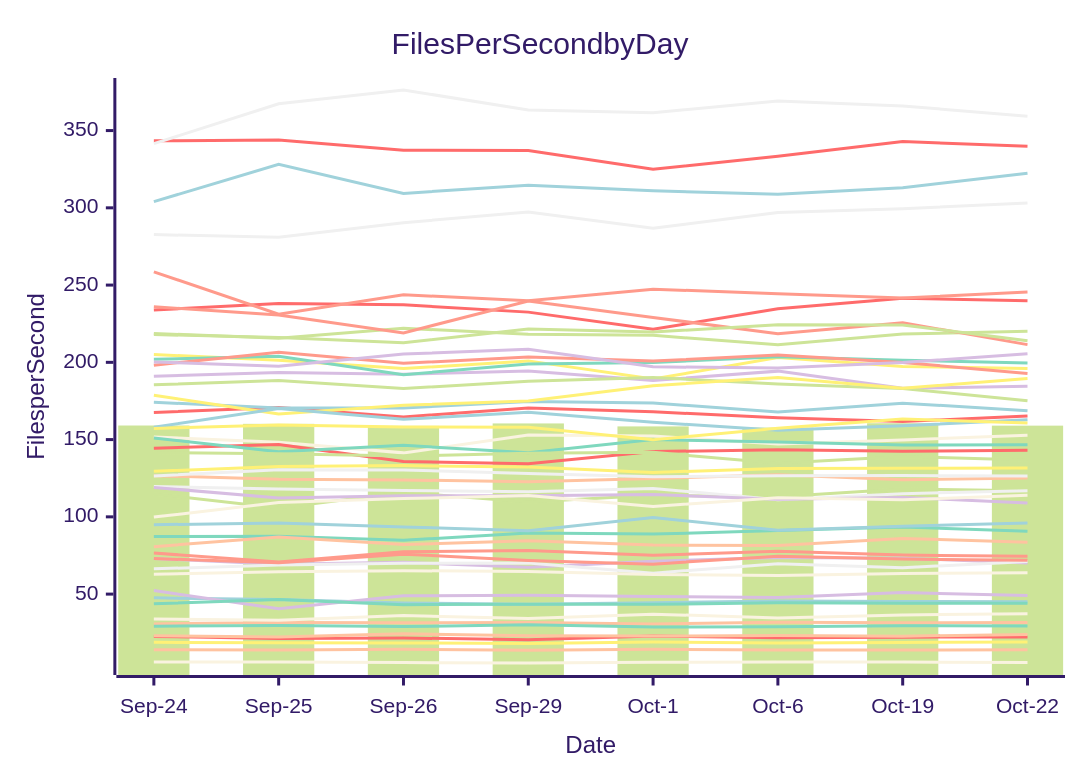
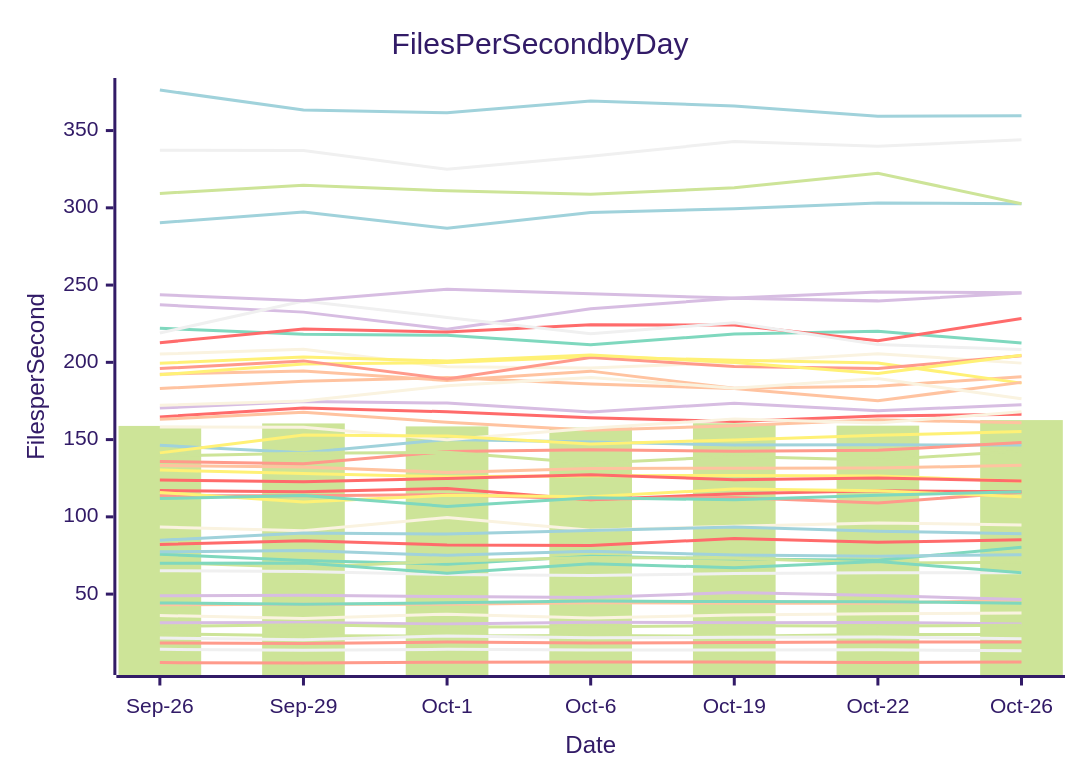
Before and after one commit to streetsidesoftware/cspell: the diagram in perf-report.md, drawn with Mermaid (forest theme). The commit also changed other lines of this file and 1 other file, not shown here.

````diff
--- a/perf-report.md
+++ b/perf-report.md
@@ -10,57 +10,57 @@
 ```mermaid
 xychart-beta
     title Files Per Second by Day
     y-axis Files per Second
-    x-axis Date [Sep-24, Sep-25, Sep-26, Sep-29, Oct-1, Oct-6, Oct-19, Oct-22]
-    bar [159.12, 160.20, 158.85, 160.46, 158.54, 157.78, 160.58, 159.03]
-    line [167.61, 170.71, 164.68, 170.44, 168.02, 164.09, 161.71, 165.23]
-    line [47.56, 46.43, 44.28, 43.43, 44.41, 45.48, 45.18, 45.07]
-    line [52.29, 40.48, 48.89, 49.28, 48.37, 47.88, 50.97, 49.03]
-    line [282.67, 280.96, 290.36, 297.31, 286.74, 296.93, 299.41, 303.13]
-    line [14.04, 13.83, 14.23, 13.74, 14.24, 13.86, 13.81, 14.01]
-    line [43.68, 46.57, 43.13, 43.45, 43.36, 44.34, 44.15, 44.08]
-    line [76.56, 70.74, 77.36, 78.18, 75.07, 77.78, 75.28, 74.51]
-    line [6.07, 5.98, 5.68, 5.41, 5.92, 6.00, 6.02, 5.75]
-    line [205.02, 201.39, 195.94, 200.94, 189.24, 203.08, 197.32, 196.05]
-    line [114.76, 105.80, 115.76, 109.67, 113.99, 112.94, 118.00, 116.85]
-    line [22.62, 21.27, 21.60, 20.47, 22.93, 21.69, 22.11, 22.28]
-    line [174.18, 170.43, 170.45, 174.63, 173.65, 167.92, 173.59, 168.67]
-    line [73.00, 69.32, 70.55, 67.39, 71.27, 73.77, 73.27, 70.11]
-    line [66.34, 68.88, 70.01, 70.14, 63.55, 69.72, 67.05, 71.08]
-    line [30.72, 31.67, 31.52, 31.59, 30.62, 31.79, 31.44, 31.67]
-    line [87.21, 87.42, 84.85, 89.53, 88.83, 91.13, 93.37, 90.70]
-    line [73.03, 70.23, 75.87, 71.80, 69.38, 74.54, 72.64, 71.96]
-    line [62.91, 64.44, 65.18, 64.56, 62.65, 62.01, 63.29, 63.79]
-    line [18.78, 18.52, 18.42, 18.07, 18.99, 18.38, 18.69, 19.00]
-    line [218.68, 215.66, 222.06, 218.14, 217.51, 211.32, 218.31, 220.10]
-    line [343.35, 343.97, 337.30, 337.13, 324.92, 333.43, 342.86, 339.81]
-    line [304.00, 328.11, 309.34, 314.63, 311.05, 308.73, 313.03, 322.37]
-    line [190.99, 193.37, 192.37, 194.39, 188.26, 194.31, 183.18, 184.56]
-    line [119.64, 118.05, 116.99, 116.24, 118.39, 111.00, 115.01, 116.88]
-    line [126.63, 124.32, 123.86, 122.76, 124.85, 127.28, 123.99, 125.15]
-    line [202.02, 203.87, 192.01, 198.88, 199.85, 203.55, 201.34, 199.55]
-    line [198.18, 206.47, 199.39, 203.39, 200.83, 204.79, 199.89, 192.85]
-    line [33.90, 33.12, 36.15, 34.22, 37.04, 34.53, 36.49, 37.33]
-    line [129.51, 132.51, 133.16, 132.31, 128.76, 131.24, 131.49, 131.59]
-    line [185.48, 188.32, 183.01, 187.77, 190.16, 185.98, 183.04, 175.20]
-    line [233.86, 238.09, 237.21, 232.50, 221.42, 234.66, 241.48, 239.78]
-    line [94.92, 96.04, 93.49, 90.93, 99.59, 91.34, 93.97, 96.00]
-    line [200.29, 197.49, 205.32, 208.45, 197.08, 196.39, 199.93, 205.59]
-    line [126.43, 130.53, 130.33, 127.99, 125.90, 126.66, 126.74, 126.46]
-    line [23.00, 22.21, 24.38, 23.05, 22.85, 23.16, 22.78, 23.92]
-    line [29.23, 29.70, 28.98, 30.17, 28.67, 28.81, 29.58, 29.31]
-    line [235.99, 230.67, 219.04, 239.66, 229.06, 218.48, 225.66, 211.47]
-    line [151.64, 148.32, 141.41, 152.96, 152.29, 147.14, 149.81, 152.74]
-    line [178.77, 166.50, 172.24, 175.00, 184.88, 190.21, 183.26, 189.47]
-    line [217.97, 216.10, 212.71, 221.60, 219.58, 224.28, 224.21, 213.97]
-    line [144.39, 146.81, 135.80, 134.31, 142.24, 143.38, 142.44, 143.06]
-    line [158.06, 170.07, 163.11, 167.69, 161.21, 156.12, 158.95, 162.77]
-    line [119.04, 112.27, 113.64, 113.59, 114.39, 111.42, 112.56, 109.04]
-    line [341.57, 367.34, 376.26, 363.37, 361.56, 369.11, 365.93, 359.34]
-    line [80.71, 87.03, 82.08, 84.54, 81.78, 81.41, 86.03, 83.62]
-    line [151.00, 142.17, 146.26, 141.54, 150.02, 148.37, 146.50, 146.67]
-    line [258.60, 231.14, 243.74, 239.90, 247.38, 244.34, 241.58, 245.56]
-    line [99.84, 109.30, 111.81, 113.74, 106.75, 112.35, 111.02, 113.95]
-    line [157.19, 159.48, 158.08, 158.04, 149.87, 157.33, 163.29, 160.80]
-    line [141.65, 140.89, 139.38, 141.22, 141.74, 134.66, 139.08, 136.76]
+    x-axis Date [Sep-26, Sep-29, Oct-1, Oct-6, Oct-19, Oct-22, Oct-26]
+    bar [158.85, 160.46, 158.54, 157.78, 160.58, 159.03, 162.63]
+    line [164.68, 170.44, 168.02, 164.09, 161.71, 165.23, 166.36]
+    line [290.36, 297.31, 286.74, 296.93, 299.41, 303.13, 302.64]
+    line [31.52, 31.59, 30.62, 31.79, 31.44, 31.67, 30.66]
+    line [65.18, 64.56, 62.65, 62.01, 63.29, 63.79, 63.80]
+    line [43.13, 43.45, 43.36, 44.34, 44.15, 44.08, 46.15]
+    line [75.87, 71.80, 69.38, 74.54, 72.64, 71.96, 80.34]
+    line [5.68, 5.41, 5.92, 6.00, 6.02, 5.75, 6.07]
+    line [93.49, 90.93, 99.59, 91.34, 93.97, 96.00, 94.80]
+    line [130.33, 127.99, 125.90, 126.66, 126.74, 126.46, 123.01]
+    line [24.38, 23.05, 22.85, 23.16, 22.78, 23.92, 23.93]
+    line [116.99, 116.24, 118.39, 111.00, 115.01, 116.88, 116.25]
+    line [84.85, 89.53, 88.83, 91.13, 93.37, 90.70, 89.01]
+    line [48.89, 49.28, 48.37, 47.88, 50.97, 49.03, 46.43]
+    line [337.30, 337.13, 324.92, 333.43, 342.86, 339.81, 343.99]
+    line [133.16, 132.31, 128.76, 131.24, 131.49, 131.59, 133.33]
+    line [44.28, 43.43, 44.41, 45.48, 45.18, 45.07, 44.15]
+    line [113.64, 113.59, 114.39, 111.42, 112.56, 109.04, 115.89]
+    line [205.32, 208.45, 197.08, 196.39, 199.93, 205.59, 199.49]
+    line [115.76, 109.67, 113.99, 112.94, 118.00, 116.85, 112.97]
+    line [70.55, 67.39, 71.27, 73.77, 73.27, 70.11, 70.63]
+    line [123.86, 122.76, 124.85, 127.28, 123.99, 125.15, 123.27]
+    line [77.36, 78.18, 75.07, 77.78, 75.28, 74.51, 75.51]
+    line [237.21, 232.50, 221.42, 234.66, 241.48, 239.78, 244.89]
+    line [21.60, 20.47, 22.93, 21.69, 22.11, 22.28, 21.14]
+    line [192.37, 194.39, 188.26, 194.31, 183.18, 184.56, 190.62]
+    line [222.06, 218.14, 217.51, 211.32, 218.31, 220.10, 212.47]
+    line [18.42, 18.07, 18.99, 18.38, 18.69, 19.00, 18.96]
+    line [36.15, 34.22, 37.04, 34.53, 36.49, 37.33, 37.75]
+    line [192.01, 198.88, 199.85, 203.55, 201.34, 199.55, 186.55]
+    line [28.98, 30.17, 28.67, 28.81, 29.58, 29.31, 29.80]
+    line [212.71, 221.60, 219.58, 224.28, 224.21, 213.97, 228.42]
+    line [376.26, 363.37, 361.56, 369.11, 365.93, 359.34, 359.52]
+    line [170.45, 174.63, 173.65, 167.92, 173.59, 168.67, 172.58]
+    line [219.04, 239.66, 229.06, 218.48, 225.66, 211.47, 208.25]
+    line [183.01, 187.77, 190.16, 185.98, 183.04, 175.20, 187.04]
+    line [70.01, 70.14, 63.55, 69.72, 67.05, 71.08, 63.82]
+    line [195.94, 200.94, 189.24, 203.08, 197.32, 196.05, 204.21]
+    line [172.24, 175.00, 184.88, 190.21, 183.26, 189.47, 176.48]
+    line [199.39, 203.39, 200.83, 204.79, 199.89, 192.85, 204.64]
+    line [309.34, 314.63, 311.05, 308.73, 313.03, 322.37, 302.67]
+    line [82.08, 84.54, 81.78, 81.41, 86.03, 83.62, 85.12]
+    line [146.26, 141.54, 150.02, 148.37, 146.50, 146.67, 146.43]
+    line [243.74, 239.90, 247.38, 244.34, 241.58, 245.56, 245.11]
+    line [14.23, 13.74, 14.24, 13.86, 13.81, 14.01, 13.34]
+    line [163.11, 167.69, 161.21, 156.12, 158.95, 162.77, 160.91]
+    line [111.81, 113.74, 106.75, 112.35, 111.02, 113.95, 116.28]
+    line [135.80, 134.31, 142.24, 143.38, 142.44, 143.06, 148.10]
+    line [158.08, 158.04, 149.87, 157.33, 163.29, 160.80, 167.96]
+    line [141.41, 152.96, 152.29, 147.14, 149.81, 152.74, 155.21]
+    line [139.38, 141.22, 141.74, 134.66, 139.08, 136.76, 142.67]
 ```
````
